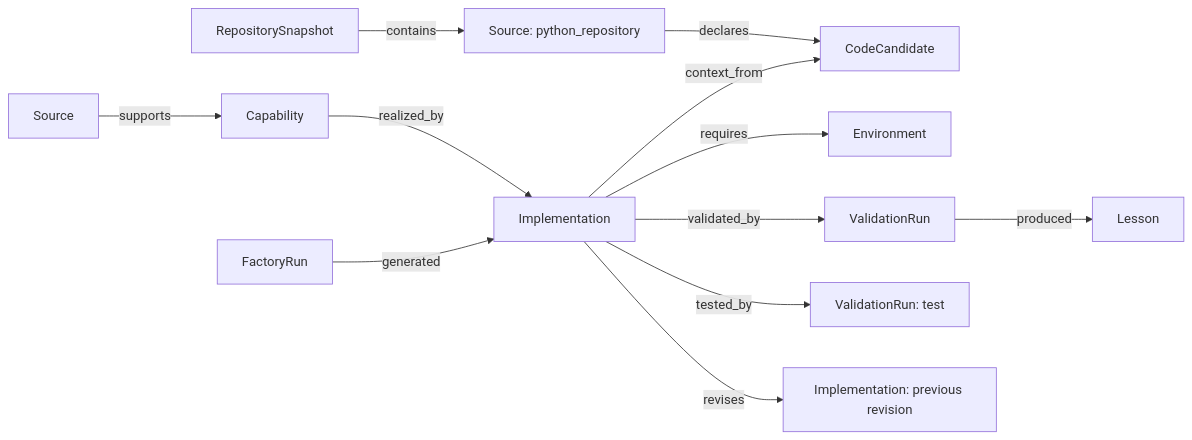
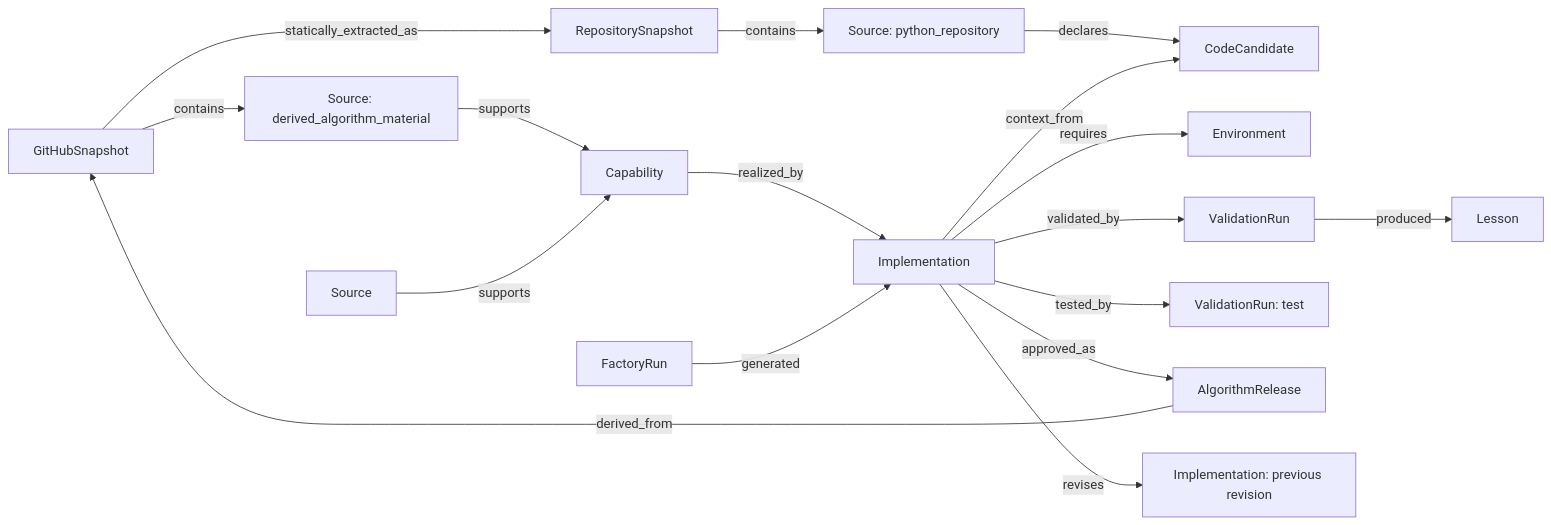
One commit to CRAZY-NEO/memory-agent-factory changed the diagram in docs/schema.md. Above: the diagram before and after it, drawn with Mermaid. The commit also changed other lines of this file and 170 other files, not shown here.

Commit message:
feat: discover and validate new algorithms from GitHub sources

````diff
--- a/docs/schema.md
+++ b/docs/schema.md
@@ -22,14 +24,19 @@
 ```mermaid
 graph LR
+  GitHubSnapshot -->|statically_extracted_as| RepositorySnapshot
+  GitHubSnapshot -->|contains| Derived[Source: derived_algorithm_material]
+  Derived -->|supports| Capability
   RepositorySnapshot -->|contains| RepoSource[Source: python_repository]
   RepoSource -->|declares| CodeCandidate
   Source -->|supports| Capability
   Capability -->|realized_by| Implementation
   Implementation -->|requires| Environment
   Implementation -->|context_from| CodeCandidate
   Implementation -->|validated_by| ValidationRun
   Implementation -->|tested_by| FinalTest[ValidationRun: test]
+  Implementation -->|approved_as| AlgorithmRelease
+  AlgorithmRelease -->|derived_from| GitHubSnapshot
   Implementation -->|revises| Previous[Implementation: previous revision]
   ValidationRun -->|produced| Lesson
   FactoryRun -->|generated| Implementation
 ```
````
